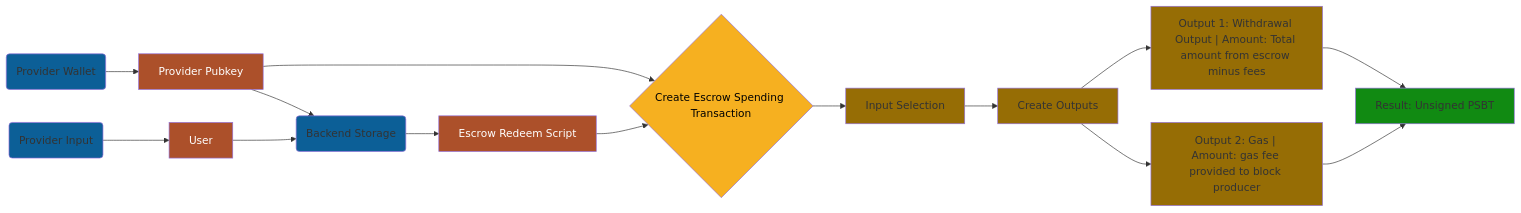
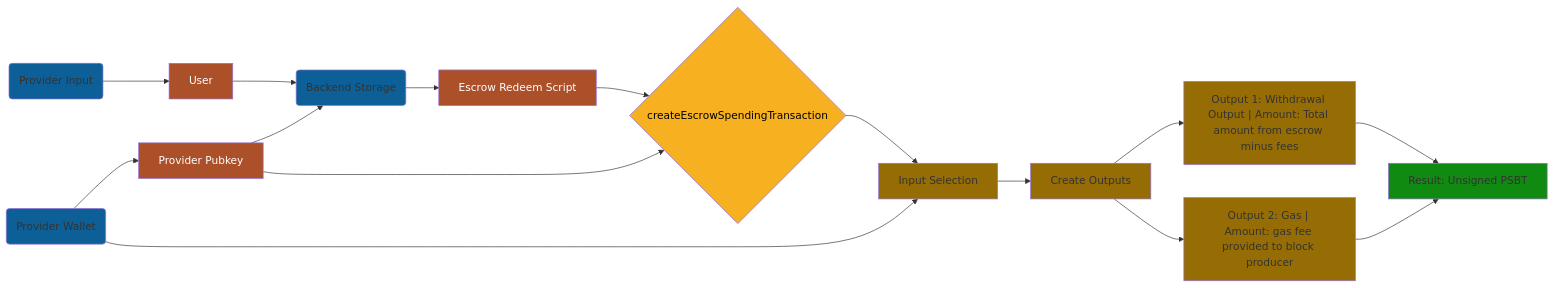
Before and after one commit to sundial-protocol/btc-locker: the second of 3 diagrams in spec/v0/user-stories.md, drawn with Mermaid. The commit also changed other lines of this file, not shown here.

Commit message:
v0 distribution mermaid story

````diff
--- a/spec/v0/user-stories.md
+++ b/spec/v0/user-stories.md
@@ -113,33 +113,34 @@
 ```mermaid
 flowchart LR
+    Input(Provider Input) --> User
     Wallet(Provider Wallet) --> PKH[Provider Pubkey]
-    Input(Provider Input) --> User
 
     PKH --> Backend(Backend Storage)
-    PKH --> MkTx{Create Escrow Spending Transaction}
+    PKH --> MkTx{createEscrowSpendingTransaction}
     User --> Backend
 
     Backend --> RedeemScript[Escrow Redeem Script]
     RedeemScript --> MkTx
 
     MkTx --> Selection[Input Selection]
+    Wallet --> Selection
     Selection --> Creation[Create Outputs]
 
     Creation --> O1["Output 1: Withdrawal Output | Amount: Total amount from escrow minus fees"]
     Creation --> O2["Output 2: Gas | Amount: gas fee provided to block producer"]
 
     O1 --> Result[Result: Unsigned PSBT]
     O2 --> Result
 
     classDef actor fill:#0c5f97
     classDef methodStep fill:#966D05
     classDef result fill:#118a12
     classDef input fill:#ac502a,color:#fff
     classDef method fill:#F6B020,color:#000
 
     class Wallet,Input,Backend actor
     class Selection,Creation,O1,O2 methodStep
     class Result result
     class MkTx method
     class PKH,User,RedeemScript input
 ```
````
